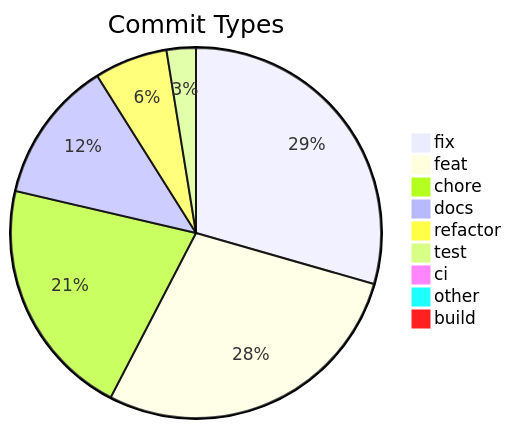
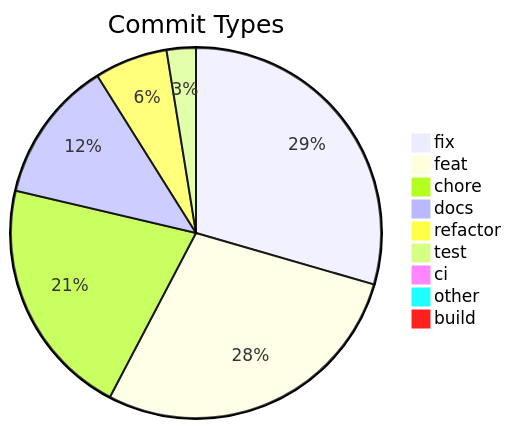
The diagram in .shipwright/compliance/change-history.md (svenroth-ai/shipwright), drawn with Mermaid before and after one commit. The commit also changed other lines of this file and 4 other files, not shown here.

````diff
--- a/.shipwright/compliance/change-history.md
+++ b/.shipwright/compliance/change-history.md
@@ -8,12 +8,12 @@
 ```mermaid
 pie title Commit Types
-    "fix" : 346
-    "feat" : 331
+    "fix" : 347
+    "feat" : 332
     "chore" : 247
     "docs" : 146
     "refactor" : 75
     "test" : 30
     "ci" : 11
     "other" : 9
     "build" : 1
 ```
````
